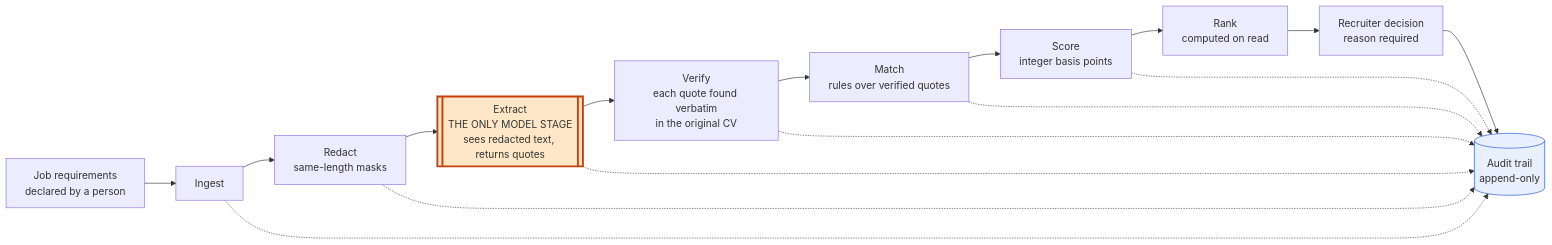
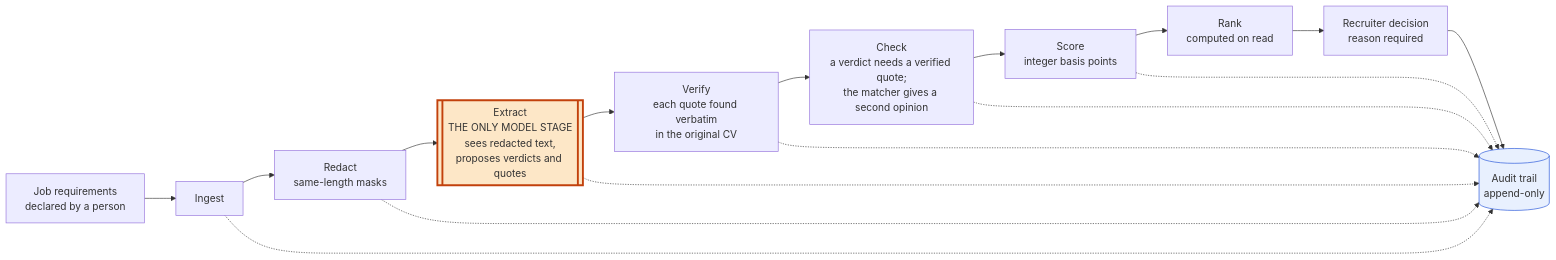
One commit to S-MOHAMMAD-SYED-SAMEER/explainable-ats changed the diagram in README.md. Above: the diagram before and after it, drawn with Mermaid. The commit also changed other lines of this file and 3 other files, not shown here.

First line of the commit message:
Public pass: README, ARCHITECTURE and TESTING state the evaluation, the new design and the caveats (#18)

````diff
--- a/README.md
+++ b/README.md
@@ -38,20 +38,20 @@
 ```mermaid
 flowchart LR
     J["Job requirements<br/>declared by a person"] --> I[Ingest]
     I --> R["Redact<br/>same-length masks"]
-    R --> E[["Extract<br/>THE ONLY MODEL STAGE<br/>sees redacted text, returns quotes"]]
+    R --> E[["Extract<br/>THE ONLY MODEL STAGE<br/>sees redacted text,<br/>proposes verdicts and quotes"]]
     E --> V["Verify<br/>each quote found verbatim<br/>in the original CV"]
-    V --> M["Match<br/>rules over verified quotes"]
+    V --> M["Check<br/>a verdict needs a verified quote;<br/>the matcher gives a second opinion"]
     M --> S["Score<br/>integer basis points"]
     S --> K["Rank<br/>computed on read"]
     K --> D["Recruiter decision<br/>reason required"]
     D --> A[("Audit trail<br/>append-only")]
     I -.-> A
     R -.-> A
     E -.-> A
     V -.-> A
     M -.-> A
     S -.-> A
     style E fill:#fde7c7,stroke:#c2410c,stroke-width:3px
     style A fill:#e8f0fe,stroke:#1d4ed8
 ```
````
